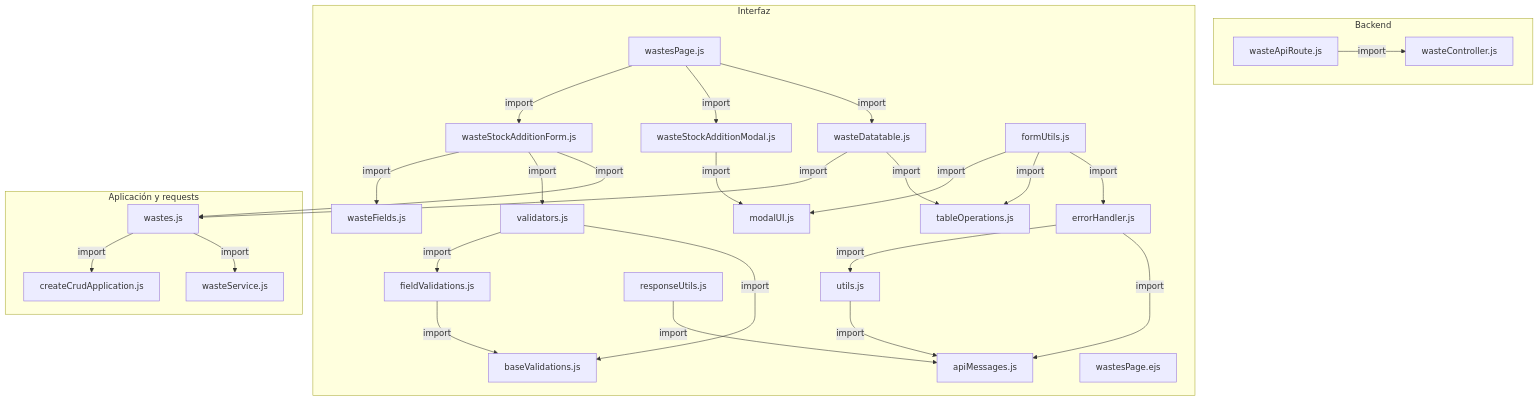
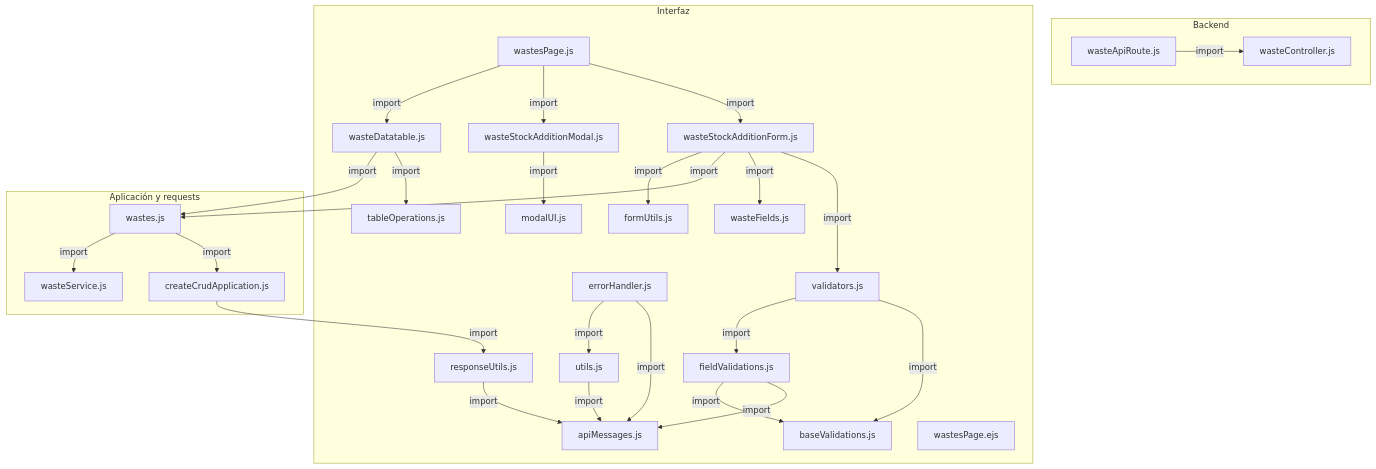
Before and after one commit to gpgsistemas01/nexus: the first of 4 diagrams in docs/architecture/views/processes/frontend-code-sequences/catalogs/cu-alm-13.md, drawn with Mermaid. The commit also changed other lines of this file and 200 other files, not shown here.

````diff
--- a/docs/architecture/views/processes/frontend-code-sequences/catalogs/cu-alm-13.md
+++ b/docs/architecture/views/processes/frontend-code-sequences/catalogs/cu-alm-13.md
@@ -60,52 +60,52 @@
 ```mermaid
 flowchart TB
     subgraph Component0["Backend"]
         FileWasteController["wasteController.js"]
         Transport["wasteApiRoute.js"]
     end
     subgraph Component1["Interfaz"]
         FileErrorHandler["errorHandler.js"]
         FileUtils["utils.js"]
         FileApiMessages["apiMessages.js"]
         FileWasteFields["wasteFields.js"]
         Form["wasteStockAdditionForm.js"]
         Modal["wasteStockAdditionModal.js"]
         Page["wastesPage.js"]
         FileTableOperations["tableOperations.js"]
         Table["wasteDatatable.js"]
         FileModalUI["modalUI.js"]
         FormUtils["formUtils.js"]
         FileResponseUtils["responseUtils.js"]
         FileBaseValidations["baseValidations.js"]
         FileFieldValidations["fieldValidations.js"]
         FileValidators["validators.js"]
         EJS["wastesPage.ejs"]
     end
     subgraph Component2["Aplicación y requests"]
         Application["createCrudApplication.js"]
         FileWastes["wastes.js"]
         Request["wasteService.js"]
     end
+    Application -->|import| FileResponseUtils
     FileErrorHandler -->|import| FileApiMessages
     FileErrorHandler -->|import| FileUtils
+    FileFieldValidations -->|import| FileApiMessages
+    FileFieldValidations -->|import| FileBaseValidations
+    FileResponseUtils -->|import| FileApiMessages
     FileUtils -->|import| FileApiMessages
+    FileValidators -->|import| FileBaseValidations
+    FileValidators -->|import| FileFieldValidations
+    FileWastes -->|import| Application
     FileWastes -->|import| Request
-    FileWastes -->|import| Application
-    Form -->|import| FileWastes
     Form -->|import| FileValidators
     Form -->|import| FileWasteFields
+    Form -->|import| FileWastes
+    Form -->|import| FormUtils
     Modal -->|import| FileModalUI
+    Page -->|import| Form
+    Page -->|import| Modal
     Page -->|import| Table
-    Page -->|import| Modal
-    Page -->|import| Form
     Table -->|import| FileTableOperations
     Table -->|import| FileWastes
-    FormUtils -->|import| FileErrorHandler
-    FormUtils -->|import| FileTableOperations
-    FormUtils -->|import| FileModalUI
-    FileResponseUtils -->|import| FileApiMessages
-    FileFieldValidations -->|import| FileBaseValidations
-    FileValidators -->|import| FileBaseValidations
-    FileValidators -->|import| FileFieldValidations
     Transport -->|import| FileWasteController
 ```
````
